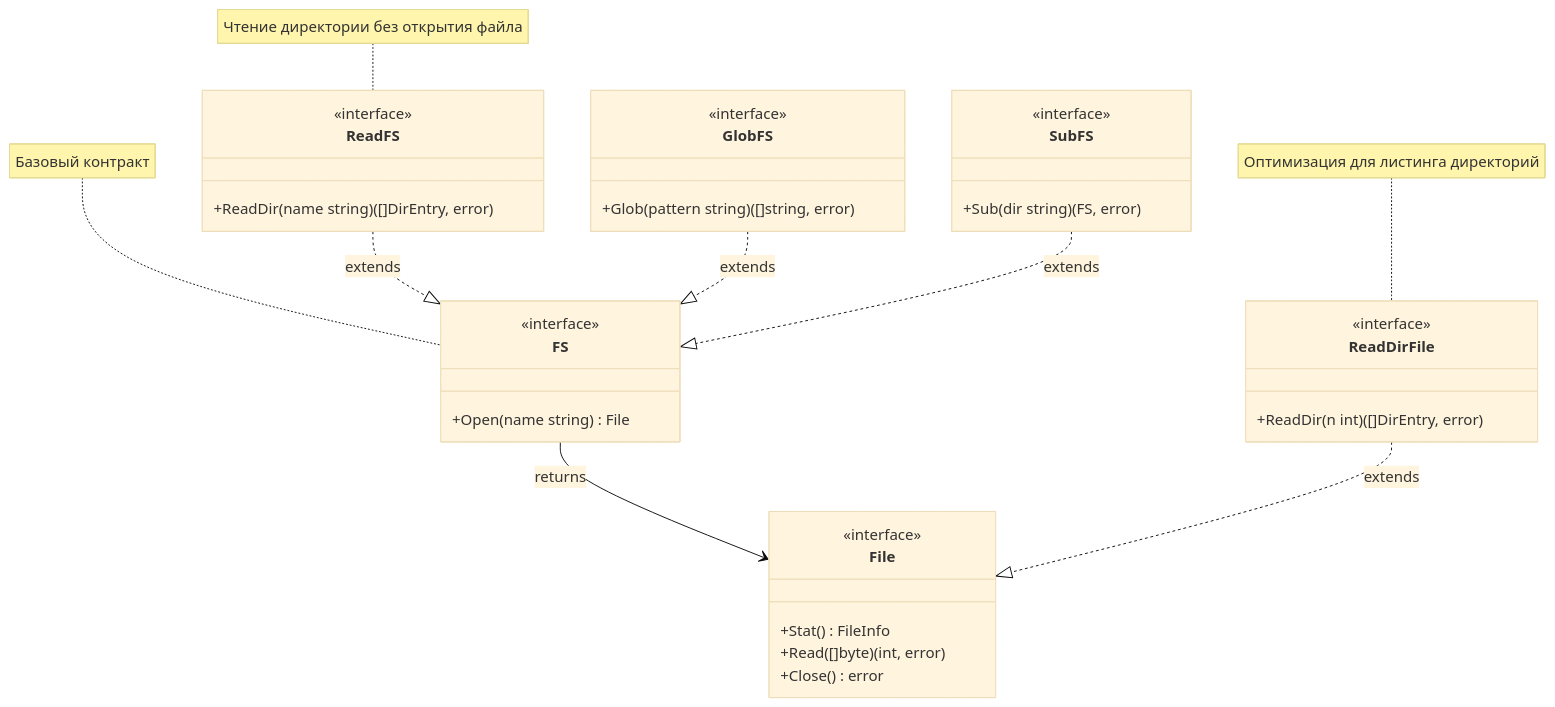
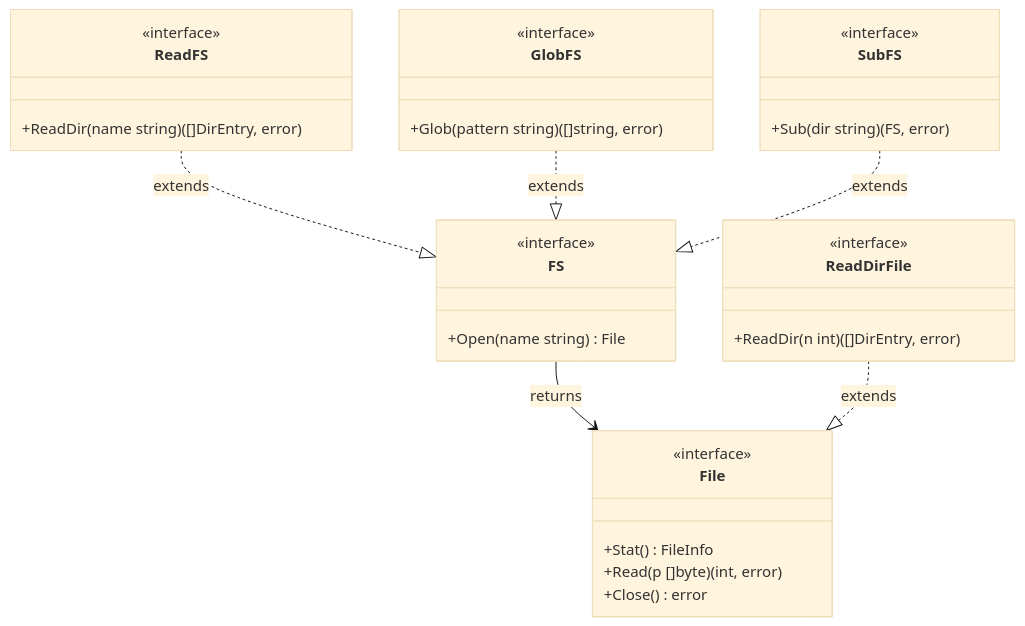
Before and after one commit to UnrealTemplier/go-textbook: the diagram in sources/6. Стандартная библиотека Go/13. io_fs. Абстракция файловых систем.md, drawn with Mermaid (base theme). The commit also changed other lines of this file, not shown here.

````diff
--- a/sources/6. Стандартная библиотека Go/13. io_fs. Абстракция файловых систем.md
+++ b/sources/6. Стандартная библиотека Go/13. io_fs. Абстракция файловых систем.md
@@ -22,44 +27,40 @@
 ```mermaid
 classDiagram
     class FS {
         <<interface>>
         +Open(name string) File
     }
     
     class File {
         <<interface>>
         +Stat() FileInfo
-        +Read([]byte) (int, error)
+        +Read(p []byte) (int, error)
         +Close() error
     }
     
     class ReadDirFile {
         <<interface>>
         +ReadDir(n int) ([]DirEntry, error)
     }
     
     class ReadFS {
         <<interface>>
         +ReadDir(name string) ([]DirEntry, error)
     }
     
     class GlobFS {
         <<interface>>
         +Glob(pattern string) ([]string, error)
     }
     
     class SubFS {
         <<interface>>
         +Sub(dir string) (FS, error)
     }
 
     FS --> File : returns
     ReadDirFile ..|> File : extends
     ReadFS ..|> FS : extends
     GlobFS ..|> FS : extends
     SubFS ..|> FS : extends
-    
-    note for FS "Базовый контракт"
-    note for ReadDirFile "Оптимизация для листинга директорий"
-    note for ReadFS "Чтение директории без открытия файла"
 ```
````
